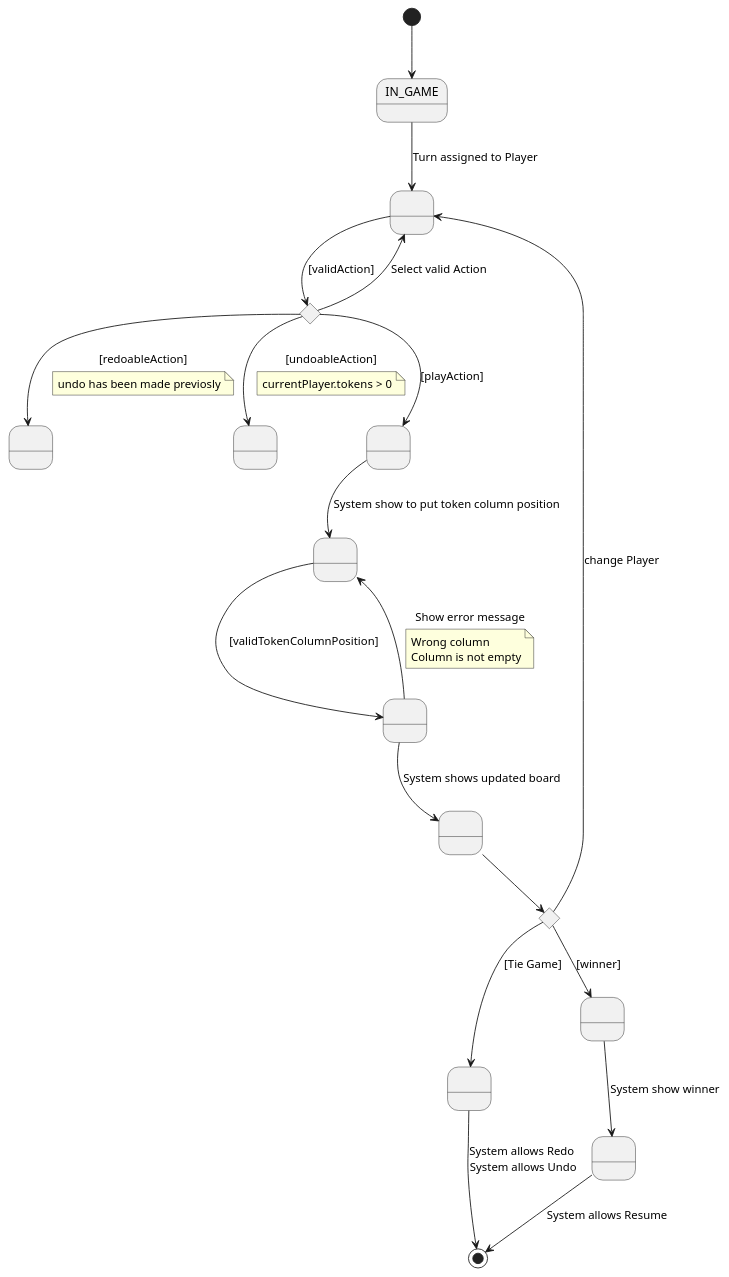
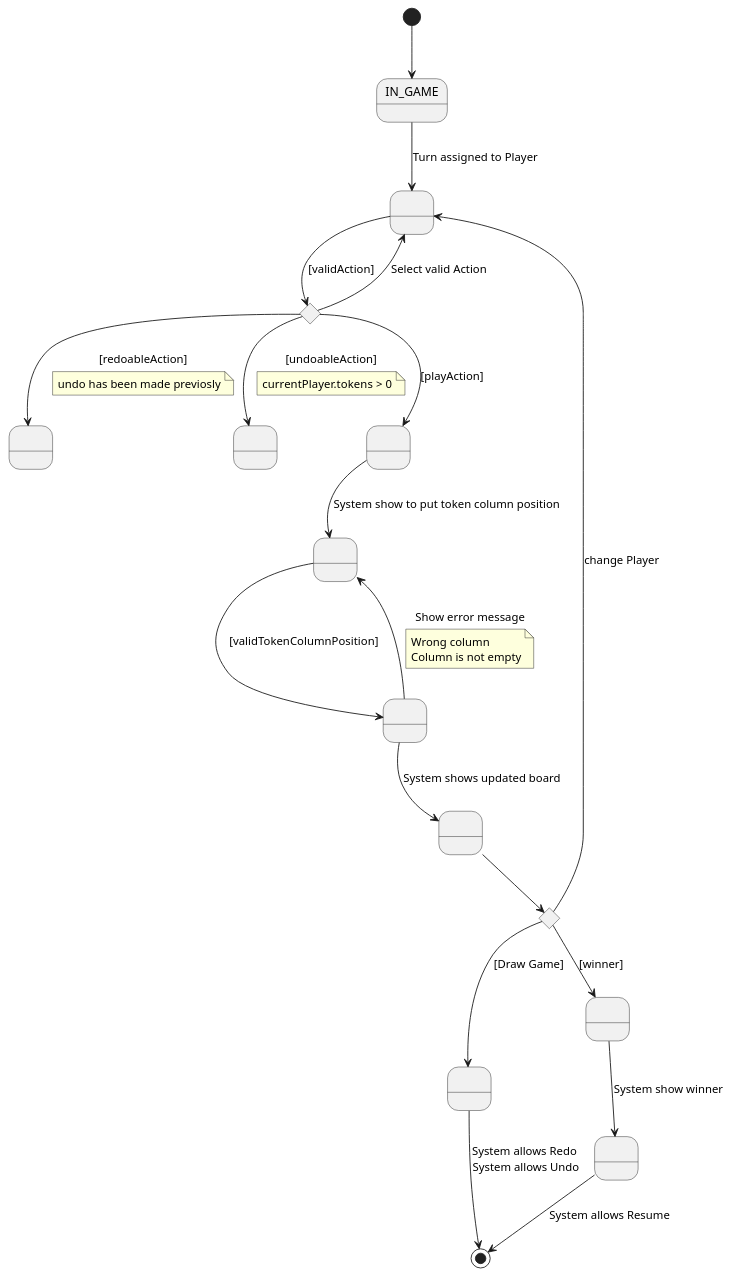
One commit to JordyPiedra/patterns-master changed the diagram in uml/RUP/usesCasePlay.puml. Above: the diagram before and after it, drawn with PlantUML. The commit also changed 3 other files, not shown here.

```diff
--- a/uml/RUP/usesCasePlay.puml
+++ b/uml/RUP/usesCasePlay.puml
@@ -1,86 +1,88 @@
 @startuml
 
 state IN_GAME
 
 state initBoard as " "
 state if_initBoard <<choice>>
 state prepareBoard as " "
 state putToken as " "
 state updatedBoard as " "
 state if_statusGame <<choice>>
 state tieGame as " "
 state prepareWinner as " "
 state showWinner as " "
 
 
 state redoableAction as " "
 state undoableAction as " "
 state playAction as " "
+
+
 
 
 
 
 
 [*] --> IN_GAME
 
 
 IN_GAME --> initBoard:  Turn assigned to Player
 
 initBoard --> if_initBoard: [validAction]
 if_initBoard --> initBoard: Select valid Action
 
 
 
 if_initBoard --> undoableAction: [undoableAction]
 note on link
     currentPlayer.tokens > 0
 end note
 
 
 
 
 
 if_initBoard --> playAction: [playAction]
 if_initBoard --> redoableAction: [redoableAction]
 note on link
    undo has been made previosly
 end note
 
 
 
 
 
 playAction --> prepareBoard: System show to put token column position
 
 
 
 
 
 
 prepareBoard --> putToken: [validTokenColumnPosition]
 
 
 putToken --> prepareBoard: Show error message
 note on link
     Wrong column
     Column is not empty
 end note
 
 
 putToken --> updatedBoard: System shows updated board
 updatedBoard --> if_statusGame
 
 if_statusGame --> initBoard: change Player
-if_statusGame --> tieGame: [Tie Game]
+if_statusGame --> tieGame: [Draw Game]
 
 if_statusGame --> prepareWinner: [winner]
 prepareWinner --> showWinner: System show winner
 
 
 showWinner --> [*]: System allows Resume
 
 tieGame --> [*]: System allows Redo \nSystem allows Undo
 
 
 
 @enduml
```
